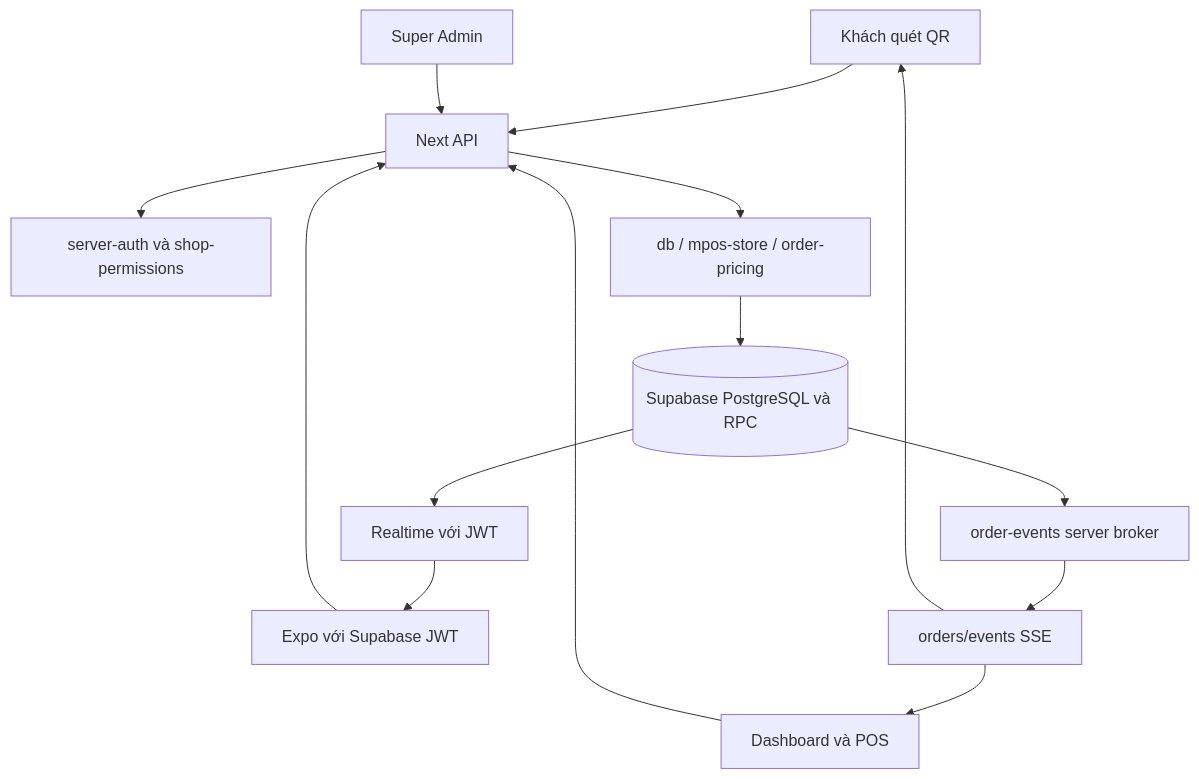
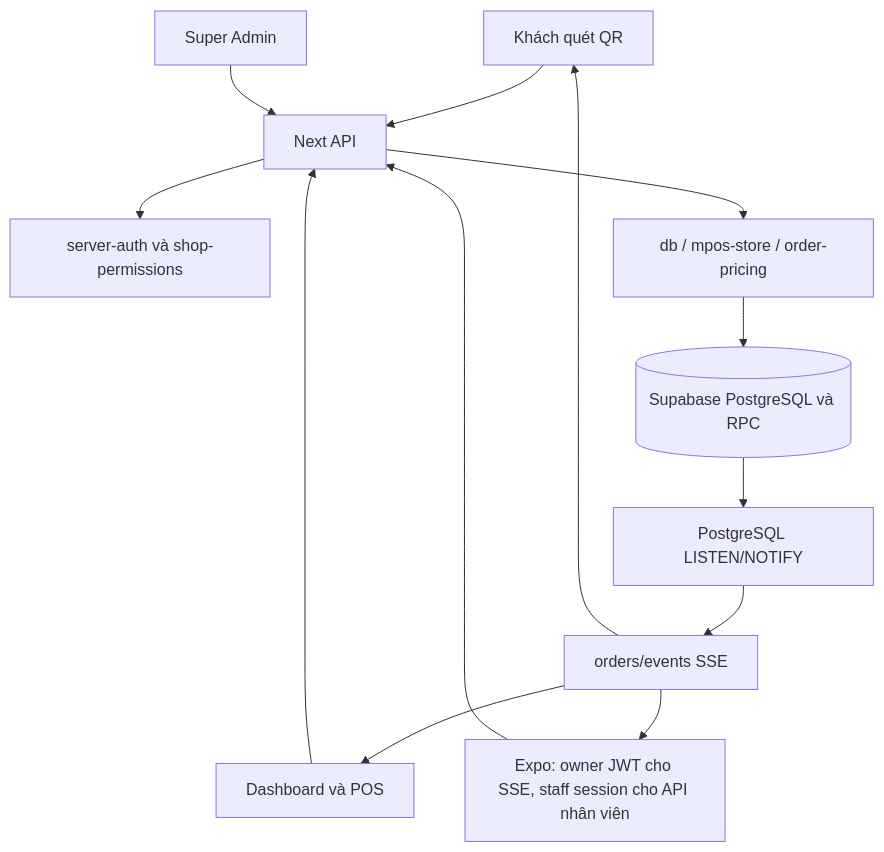
One commit to hoangvu96z/qlaok changed the diagram in ARCHITECTURE.md. Above: the diagram before and after it, drawn with Mermaid. The commit also changed other lines of this file and 3 other files, not shown here.

````diff
--- a/ARCHITECTURE.md
+++ b/ARCHITECTURE.md
@@ -18,16 +18,15 @@
 ```mermaid
 flowchart TD
   Guest[Khách quét QR] --> API[Next API]
   Merchant[Dashboard và POS] --> API
   Admin[Super Admin] --> API
-  Mobile[Expo với Supabase JWT] --> API
+  Mobile[Expo: owner JWT cho SSE, staff session cho API nhân viên] --> API
   API --> Auth[server-auth và shop-permissions]
   API --> Core[db / mpos-store / order-pricing]
   Core --> DB[(Supabase PostgreSQL và RPC)]
-  DB --> Broker[order-events server broker]
+  DB --> Broker[PostgreSQL LISTEN/NOTIFY]
   Broker --> SSE[orders/events SSE]
   SSE --> Guest
   SSE --> Merchant
-  DB --> JWT[Realtime với JWT]
-  JWT --> Mobile
+  SSE --> Mobile
 ```
````
